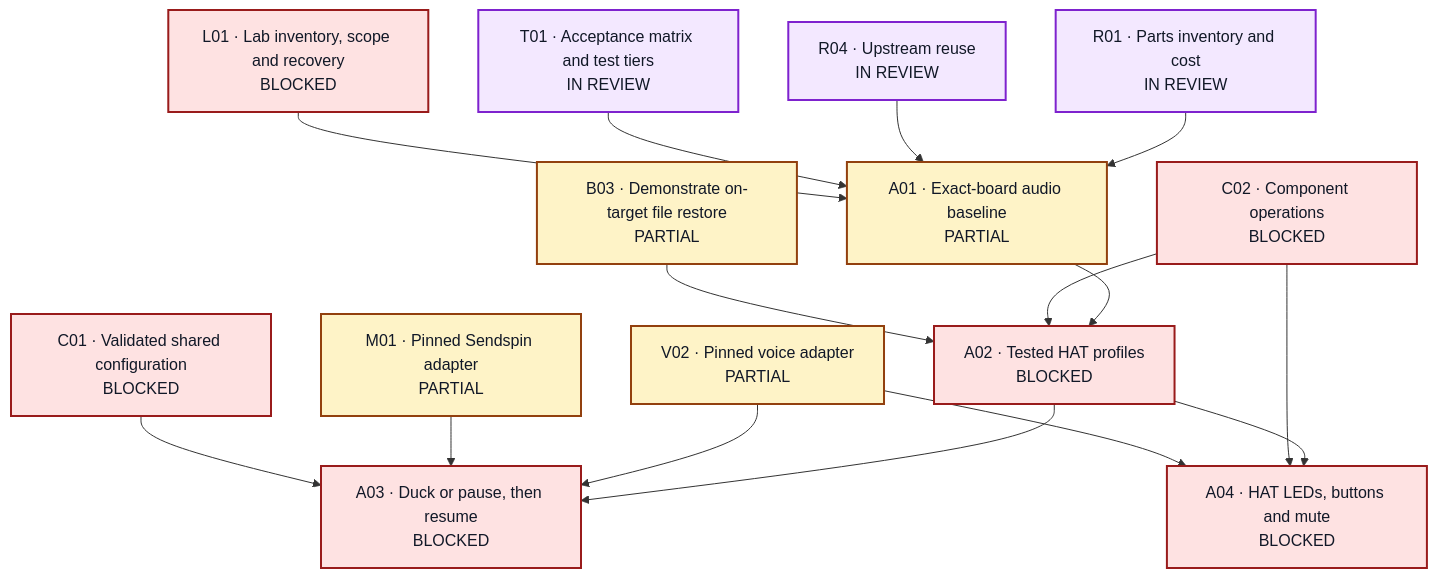
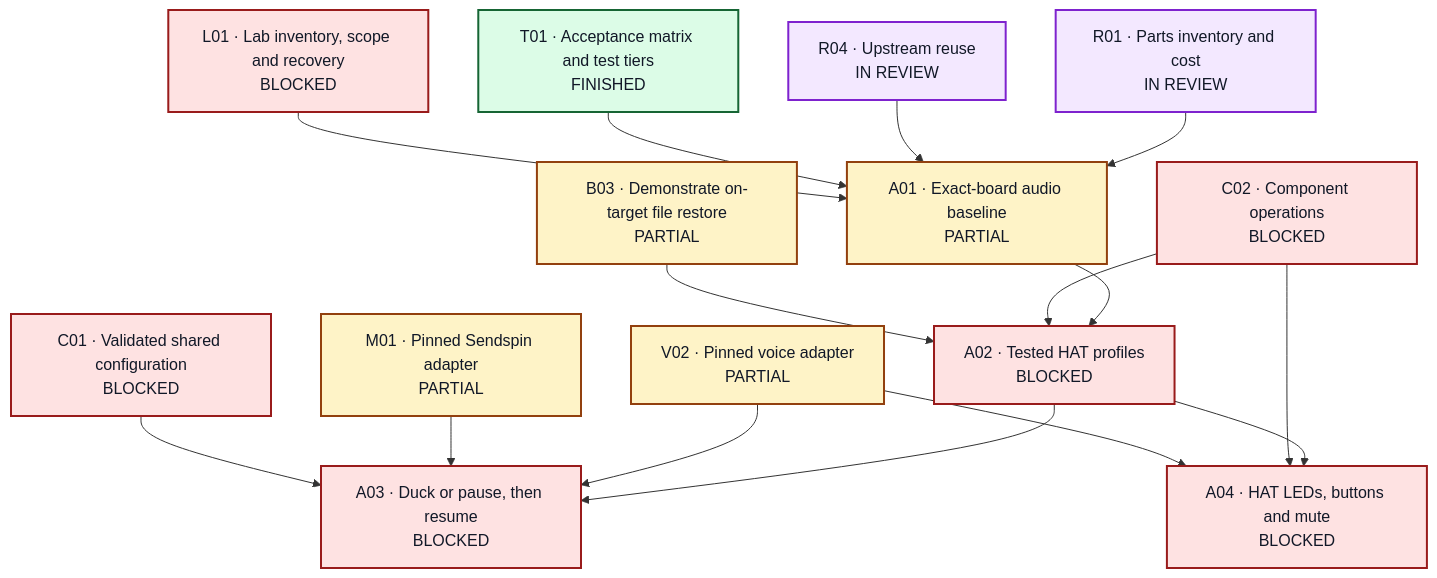
Before and after one commit to Joldiges/debra: the ninth of 17 diagrams in docs/progress.md, drawn with Mermaid. The commit also changed other lines of this file and 5 other files, not shown here.

````diff
--- a/docs/progress.md
+++ b/docs/progress.md
@@ -461,36 +460,36 @@
 ```mermaid
 flowchart TD
     R01["R01 · Parts inventory and cost<br/>IN REVIEW"]:::review
     R04["R04 · Upstream reuse<br/>IN REVIEW"]:::review
     L01["L01 · Lab inventory, scope and recovery<br/>BLOCKED"]:::blocked
     C01["C01 · Validated shared configuration<br/>BLOCKED"]:::blocked
     C02["C02 · Component operations<br/>BLOCKED"]:::blocked
     A01["A01 · Exact-board audio baseline<br/>PARTIAL"]:::partial
     A02["A02 · Tested HAT profiles<br/>BLOCKED"]:::blocked
     A03["A03 · Duck or pause, then resume<br/>BLOCKED"]:::blocked
     A04["A04 · HAT LEDs, buttons and mute<br/>BLOCKED"]:::blocked
     V02["V02 · Pinned voice adapter<br/>PARTIAL"]:::partial
     M01["M01 · Pinned Sendspin adapter<br/>PARTIAL"]:::partial
     B03["B03 · Demonstrate on-target file restore<br/>PARTIAL"]:::partial
-    T01["T01 · Acceptance matrix and test tiers<br/>IN REVIEW"]:::review
+    T01["T01 · Acceptance matrix and test tiers<br/>FINISHED"]:::finished
     R01 --> A01
     R04 --> A01
     T01 --> A01
     L01 --> A01
     A01 --> A02
     C02 --> A02
     B03 --> A02
     A02 --> A03
     V02 --> A03
     M01 --> A03
     C01 --> A03
     A02 --> A04
     C02 --> A04
     V02 --> A04
     classDef finished fill:#dcfce7,stroke:#166534,color:#111827,stroke-width:2px;
     classDef running fill:#dbeafe,stroke:#1e40af,color:#111827,stroke-width:2px;
     classDef review fill:#f3e8ff,stroke:#7e22ce,color:#111827,stroke-width:2px;
     classDef partial fill:#fef3c7,stroke:#92400e,color:#111827,stroke-width:2px;
     classDef blocked fill:#fee2e2,stroke:#991b1b,color:#111827,stroke-width:2px;
     classDef untouched fill:#f1f5f9,stroke:#475569,color:#111827,stroke-width:2px;
 ```
````
